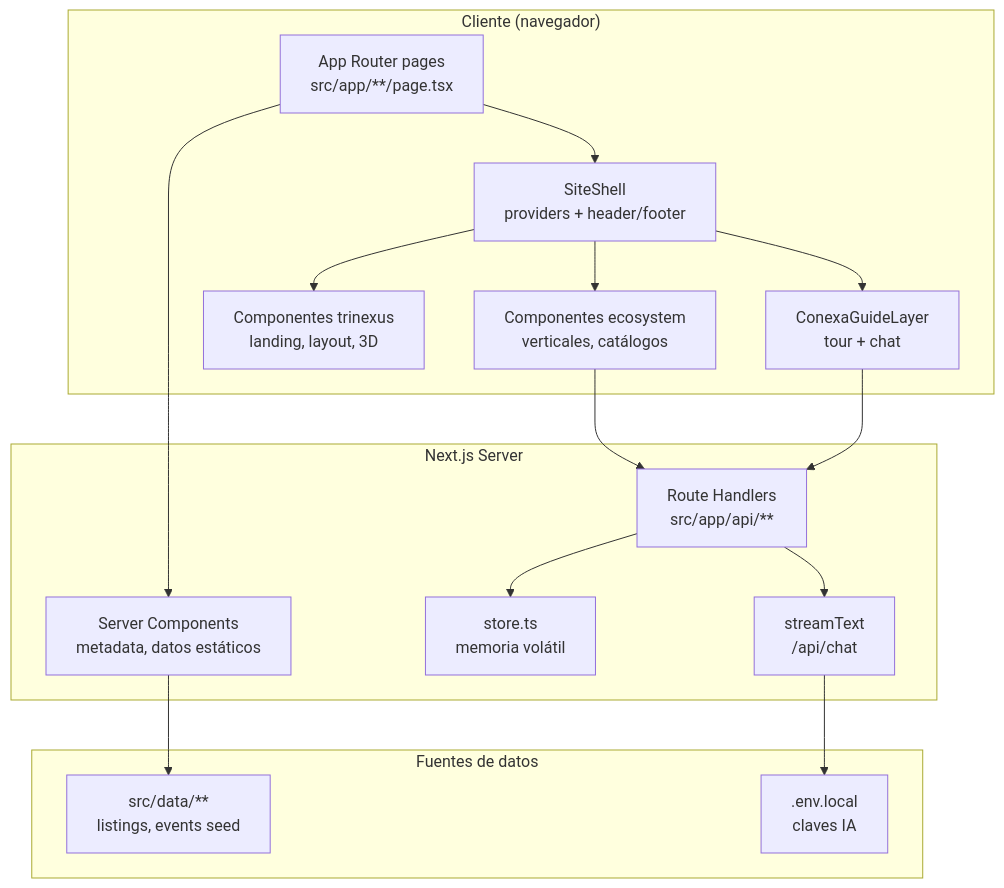
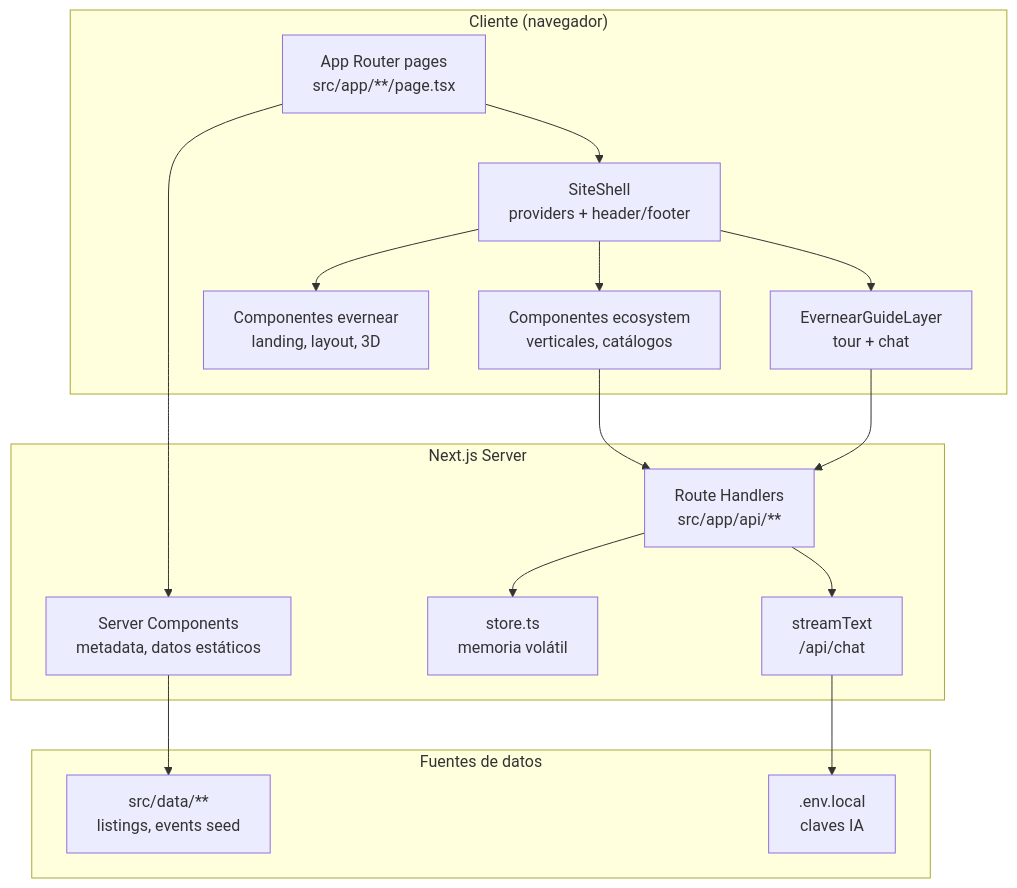
The first of 3 diagrams in docs/arquitectura.md (evernear-ig/evernear-site), drawn with Mermaid before and after one commit. The commit also changed other lines of this file and 264 other files, not shown here.

First line of the commit message:
Rebrand codebase from Trinexus/CONEXA to Evernear.

````diff
--- a/docs/arquitectura.md
+++ b/docs/arquitectura.md
@@ -16,34 +16,34 @@
 ```mermaid
 flowchart TB
   subgraph Cliente["Cliente (navegador)"]
     Pages["App Router pages\nsrc/app/**/page.tsx"]
     Shell["SiteShell\nproviders + header/footer"]
     EcoUI["Componentes ecosystem\nverticales, catálogos"]
-    TriUI["Componentes trinexus\nlanding, layout, 3D"]
-    Mascot["ConexaGuideLayer\n tour + chat"]
+    TriUI["Componentes evernear\nlanding, layout, 3D"]
+    Mascot["EvernearGuideLayer\n tour + chat"]
   end
 
   subgraph Servidor["Next.js Server"]
     RSC["Server Components\nmetadata, datos estáticos"]
     API["Route Handlers\nsrc/app/api/**"]
     Store["store.ts\nmemoria volátil"]
     AI["streamText\n/api/chat"]
   end
 
   subgraph Datos["Fuentes de datos"]
     Static["src/data/**\nlistings, events seed"]
     Env[".env.local\nclaves IA"]
   end
 
   Pages --> Shell
   Shell --> EcoUI
   Shell --> TriUI
   Shell --> Mascot
   Pages --> RSC
   EcoUI --> API
   Mascot --> API
   API --> Store
   API --> AI
   RSC --> Static
   AI --> Env
 ```
````
